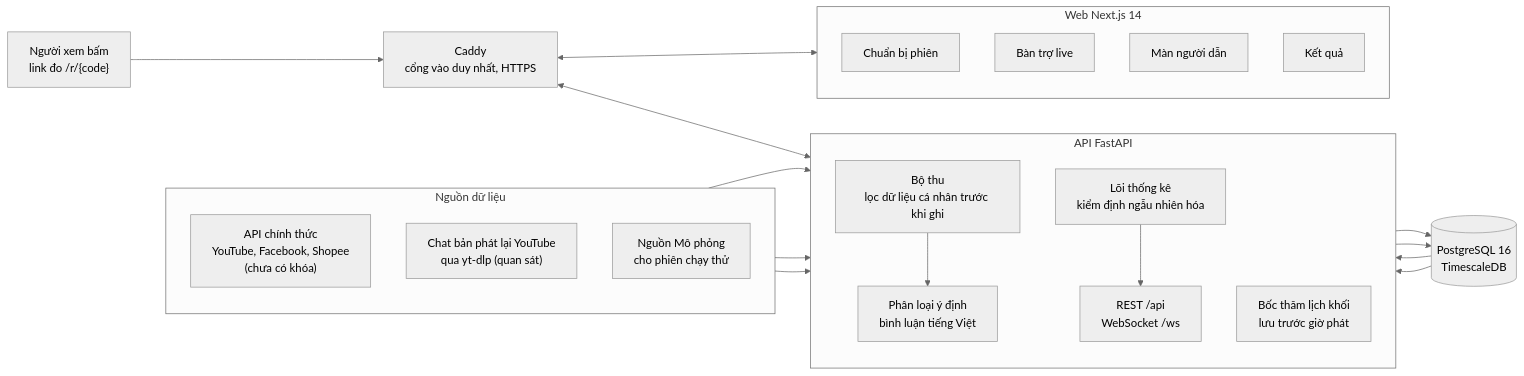
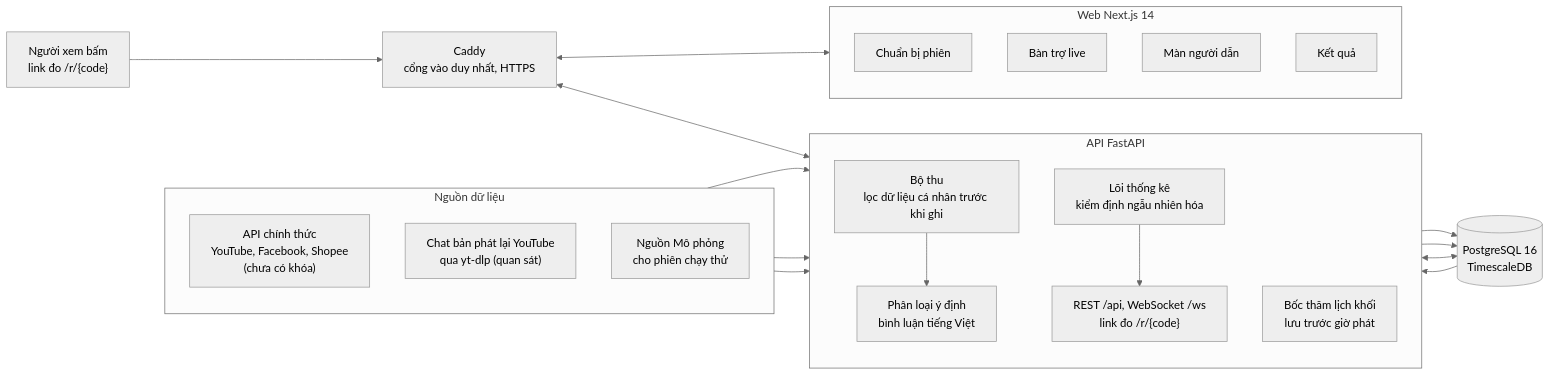
One commit to Towfienes/AISC2026_LIVEFIT changed the diagram in README.md. Above: the diagram before and after it, drawn with Mermaid (neutral theme). The commit also changed other lines of this file, not shown here.

````diff
--- a/README.md
+++ b/README.md
@@ -116,37 +116,37 @@
 ```mermaid
 flowchart LR
   subgraph Nguon["Nguồn dữ liệu"]
     direction TB
     S1["API chính thức<br/>YouTube, Facebook, Shopee<br/>(chưa có khóa)"]
     S2["Chat bản phát lại YouTube<br/>qua yt-dlp (quan sát)"]
     S3["Nguồn Mô phỏng<br/>cho phiên chạy thử"]
   end
   V["Người xem bấm<br/>link đo /r/{code}"]
   C["Caddy<br/>cổng vào duy nhất, HTTPS"]
   subgraph Api["API FastAPI"]
     direction TB
     I["Bộ thu<br/>lọc dữ liệu cá nhân trước khi ghi"]
     A["Bốc thăm lịch khối<br/>lưu trước giờ phát"]
     T["Lõi thống kê<br/>kiểm định ngẫu nhiên hóa"]
     N["Phân loại ý định<br/>bình luận tiếng Việt"]
-    R["REST /api<br/>WebSocket /ws"]
+    R["REST /api, WebSocket /ws<br/>link đo /r/{code}"]
   end
   DB[("PostgreSQL 16<br/>TimescaleDB")]
   subgraph Web["Web Next.js 14"]
     direction TB
     W1["Chuẩn bị phiên"]
     W2["Bàn trợ live"]
     W3["Màn người dẫn"]
     W4["Kết quả"]
   end
   S1 & S2 & S3 --> I
   I --> N
-  I --> DB
+  N --> DB
   A --> DB
   DB --> T
   T --> R
-  DB --> R
+  R <--> DB
   V --> C
   C <--> R
   C <--> Web
 ```
````
